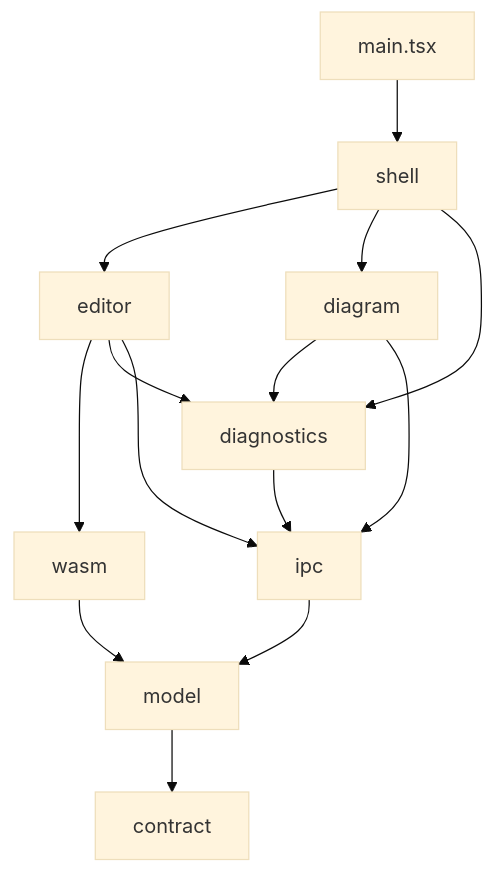
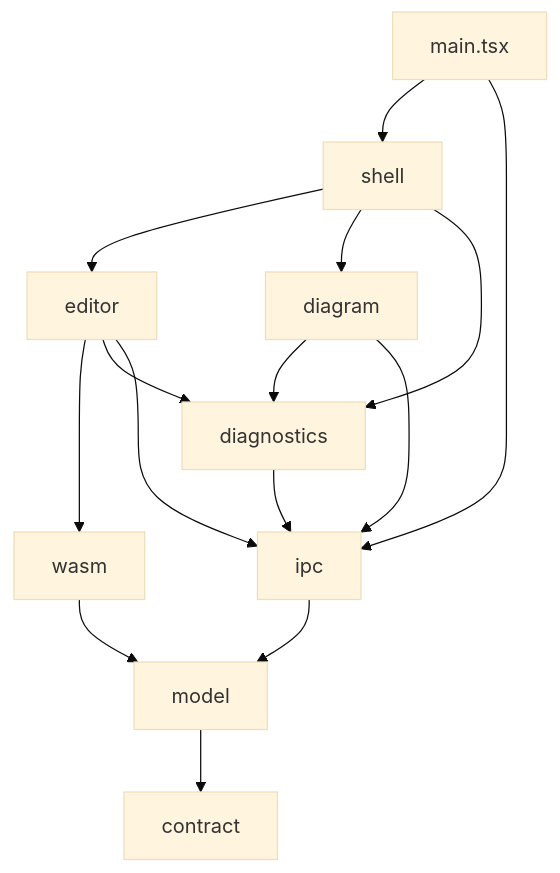
Before and after one commit to ddunnock/sv2: the diagram in docs/standards/STD-004-TS-typescript-react-standards.md, drawn with Mermaid (base theme). The commit also changed other lines of this file and 1 other file, not shown here.

````diff
--- a/docs/standards/STD-004-TS-typescript-react-standards.md
+++ b/docs/standards/STD-004-TS-typescript-react-standards.md
@@ -170,16 +170,17 @@
 ```mermaid
 flowchart TB
     main["main.tsx"] --> shell
+    main --> ipc
     shell --> editor
     shell --> diagram
     shell --> diagnostics
     editor --> wasm
     editor --> diagnostics
     editor --> ipc
     diagram --> diagnostics
     diagram --> ipc
     diagnostics --> ipc
     ipc --> model
     wasm --> model
     model --> contract
 ```
````
